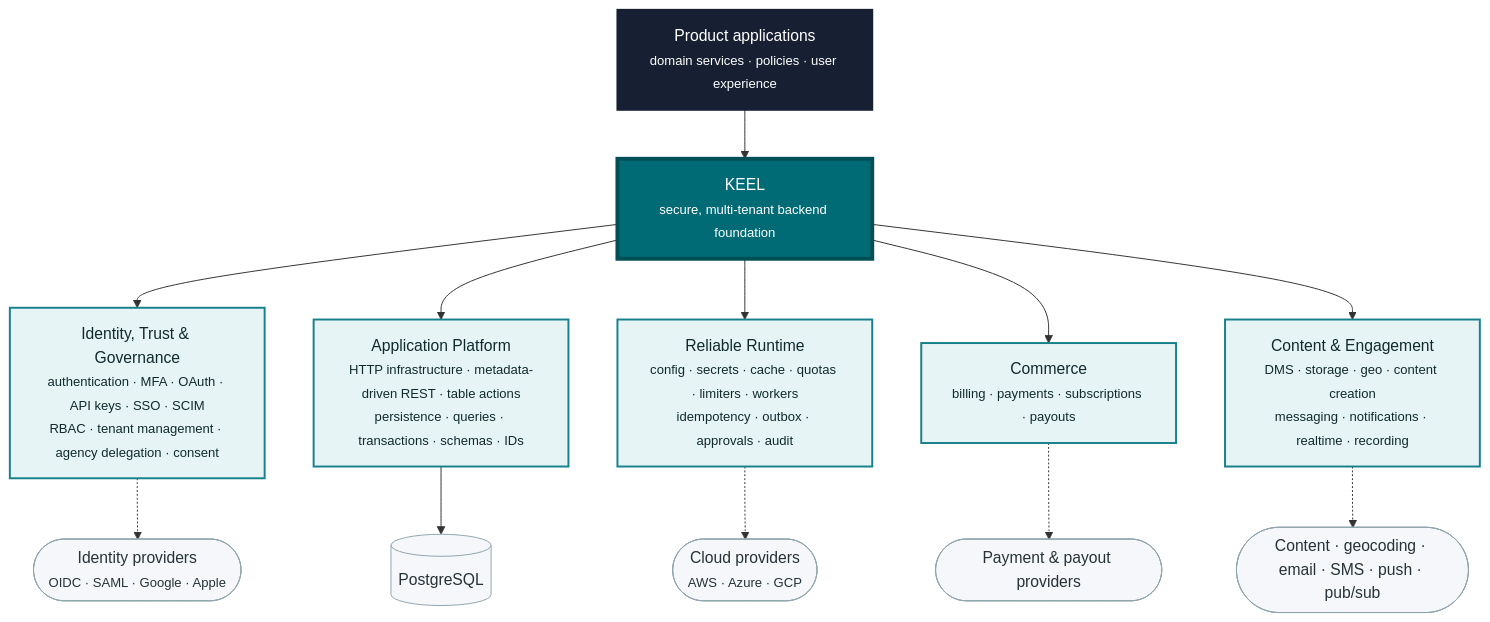
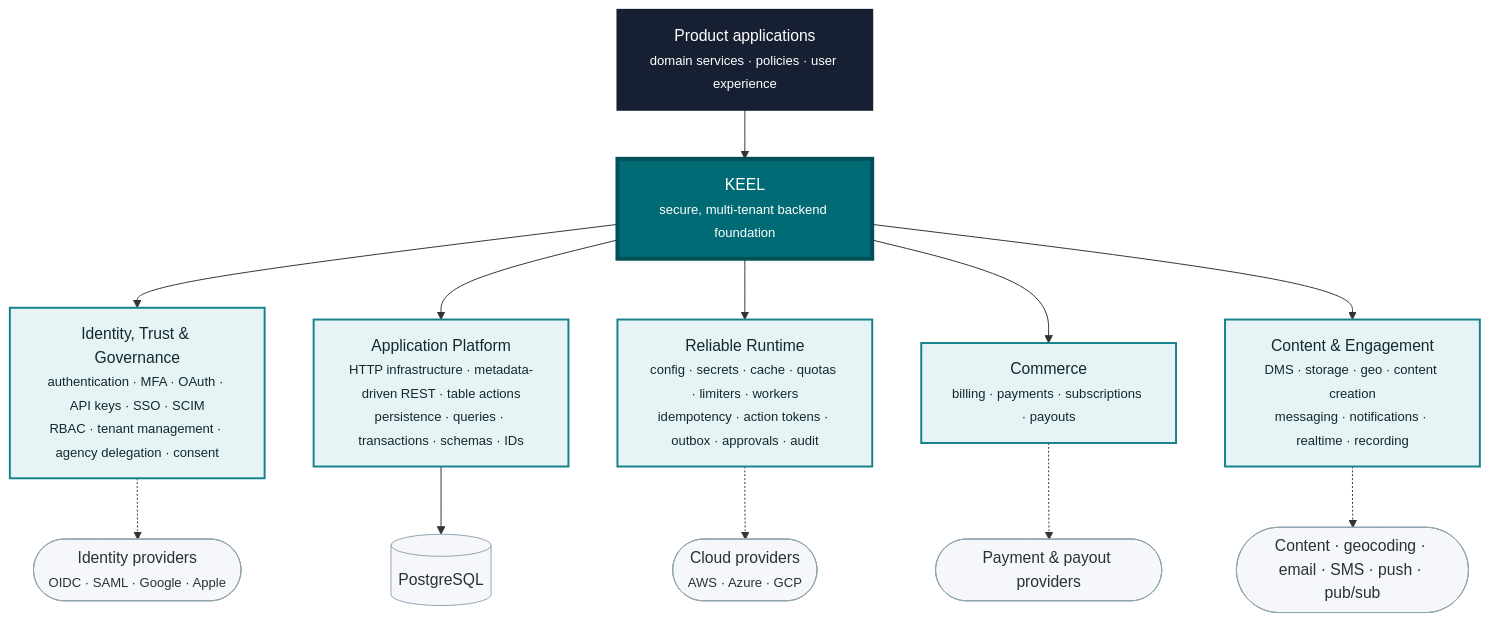
Before and after one commit to nauticana/keel: the diagram in README.md, drawn with Mermaid. The commit also changed 22 other files, not shown here.

Commit message:
Single-use action tokens

````diff
--- a/README.md
+++ b/README.md
@@ -7,27 +7,27 @@
 ```mermaid
 flowchart TB
     APP["Product applications<br/><small>domain services · policies · user experience</small>"]
     KEEL["KEEL<br/><small>secure, multi-tenant backend foundation</small>"]
     APP --> KEEL
 
     KEEL --> TRUST["Identity, Trust & Governance<br/><small>authentication · MFA · OAuth · API keys · SSO · SCIM<br/>RBAC · tenant management · agency delegation · consent</small>"]
     KEEL --> PLATFORM["Application Platform<br/><small>HTTP infrastructure · metadata-driven REST · table actions<br/>persistence · queries · transactions · schemas · IDs</small>"]
-    KEEL --> RUNTIME["Reliable Runtime<br/><small>config · secrets · cache · quotas · limiters · workers<br/>idempotency · outbox · approvals · audit</small>"]
+    KEEL --> RUNTIME["Reliable Runtime<br/><small>config · secrets · cache · quotas · limiters · workers<br/>idempotency · action tokens · outbox · approvals · audit</small>"]
     KEEL --> COMMERCE["Commerce<br/><small>billing · payments · subscriptions · payouts</small>"]
     KEEL --> EXPERIENCE["Content & Engagement<br/><small>DMS · storage · geo · content creation<br/>messaging · notifications · realtime · recording</small>"]
 
     TRUST -.-> IDP(["Identity providers<br/><small>OIDC · SAML · Google · Apple</small>"])
     PLATFORM --> DB[(PostgreSQL)]
     RUNTIME -.-> CLOUD(["Cloud providers<br/><small>AWS · Azure · GCP</small>"])
     COMMERCE -.-> FINANCE(["Payment & payout providers"])
     EXPERIENCE -.-> SYSTEMS(["Content · geocoding · email · SMS · push · pub/sub"])
 
     classDef app fill:#172033,color:#ffffff,stroke:#172033,stroke-width:2px
     classDef keel fill:#006b75,color:#ffffff,stroke:#004f57,stroke-width:4px
     classDef capability fill:#e7f4f5,color:#102a2e,stroke:#16818b,stroke-width:2px
     classDef adapter fill:#f5f7fa,color:#263238,stroke:#90a4ae,stroke-width:1px
     class APP app
     class KEEL keel
     class TRUST,PLATFORM,RUNTIME,COMMERCE,EXPERIENCE capability
     class IDP,DB,CLOUD,FINANCE,SYSTEMS adapter
 ```
````
